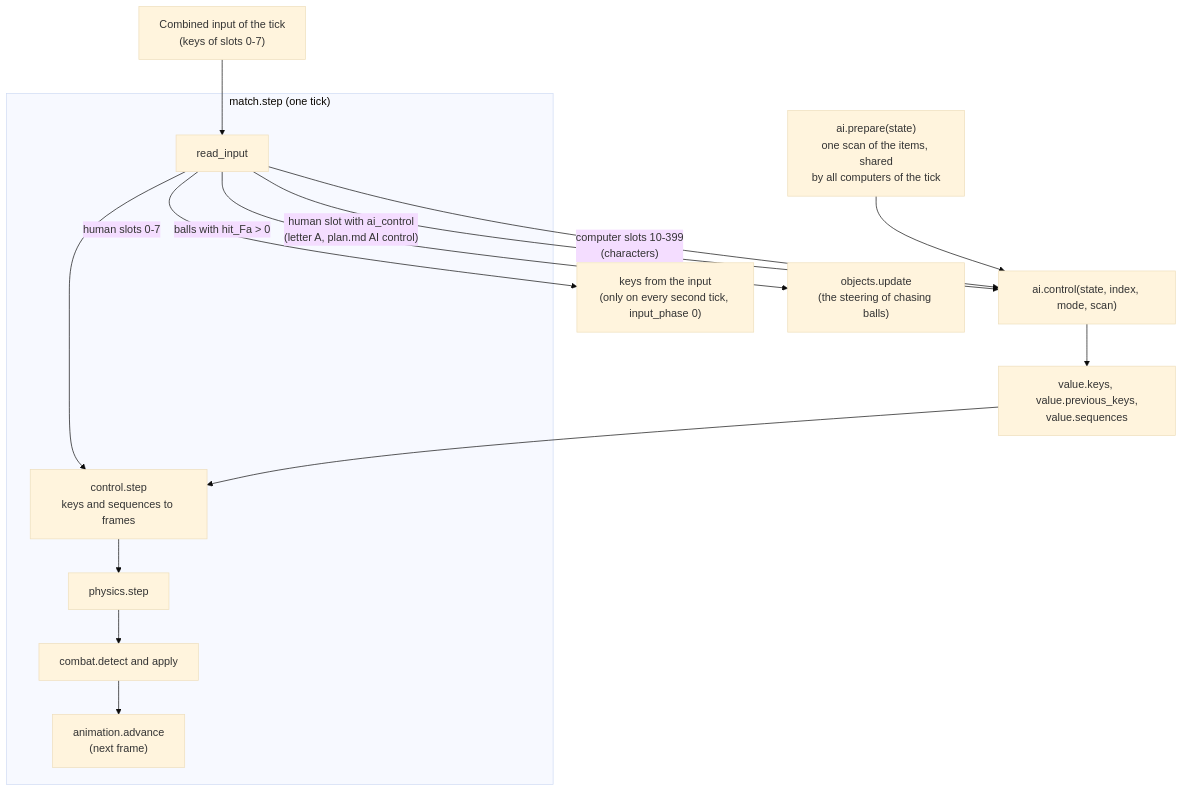
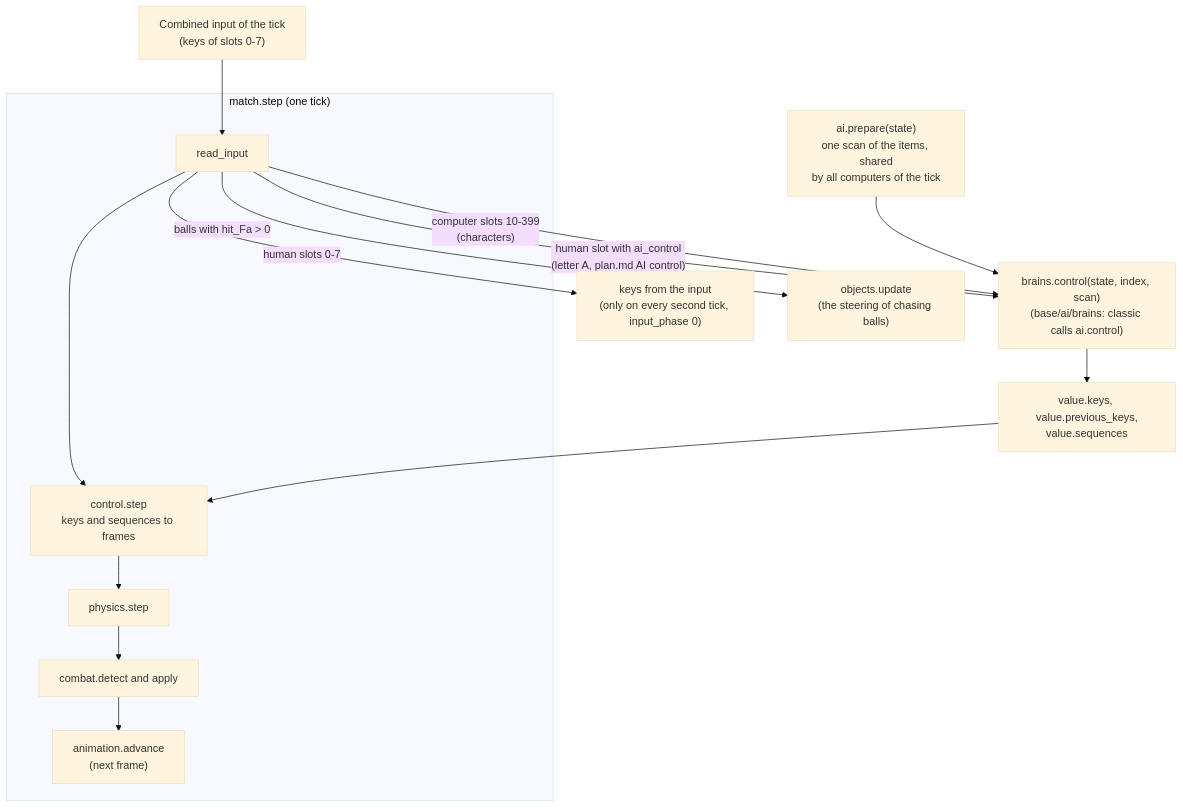
The first of 2 diagrams in docs/ai.md (xmfcx/OpenLF2), drawn with Mermaid (base theme) before and after one commit. The commit also changed other lines of this file and 12 other files, not shown here.

````diff
--- a/docs/ai.md
+++ b/docs/ai.md
@@ -18,16 +18,16 @@
 ```mermaid
 flowchart TB
     held["Combined input of the tick<br/>(keys of slots 0-7)"] --> read_input
     subgraph step["match.step (one tick)"]
         read_input["read_input"] --> control["control.step<br/>keys and sequences to frames"]
         control --> physics["physics.step"] --> combat["combat.detect and apply"]
         combat --> advance["animation.advance<br/>(next frame)"]
     end
     read_input -->|"human slots 0-7"| humans["keys from the input<br/>(only on every second tick, input_phase 0)"]
     read_input -->|"human slot with ai_control<br/>(letter A, plan.md AI control)"| aicall
-    read_input -->|"computer slots 10-399<br/>(characters)"| aicall["ai.control(state, index, mode, scan)"]
+    read_input -->|"computer slots 10-399<br/>(characters)"| aicall["brains.control(state, index, scan)<br/>(base/ai/brains: classic calls ai.control)"]
     read_input -->|"balls with hit_Fa > 0"| balls["objects.update<br/>(the steering of chasing balls)"]
     prepare["ai.prepare(state)<br/>one scan of the items, shared<br/>by all computers of the tick"] --> aicall
     aicall --> out["value.keys, value.previous_keys,<br/>value.sequences"]
     out --> control
 ```
````
